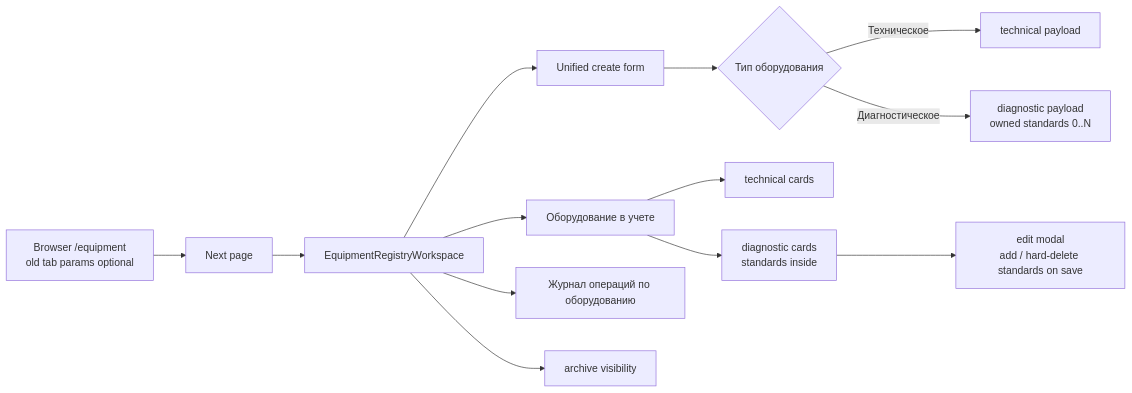
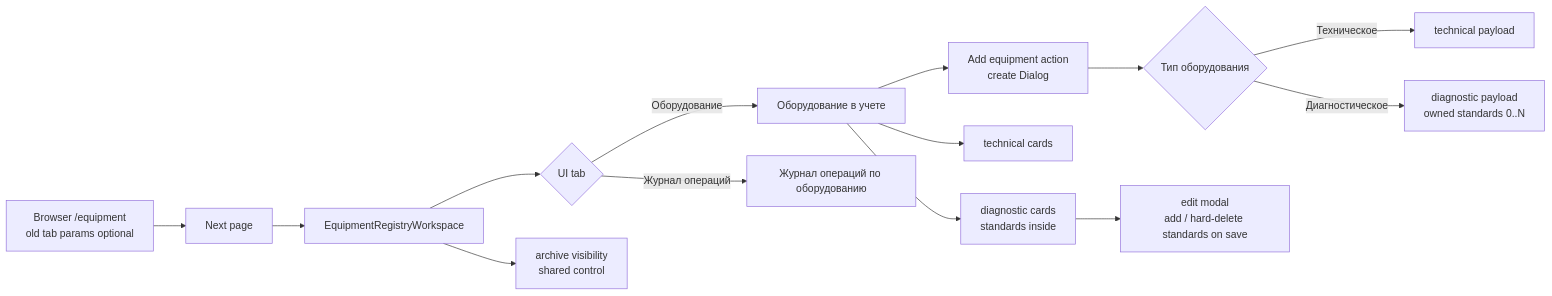
The sixth of 9 diagrams in docs/architecture/frontend-architecture.md (vrk-app/vrk), drawn with Mermaid before and after one commit. The commit also changed other lines of this file and 22 other files, not shown here.

````diff
--- a/docs/architecture/frontend-architecture.md
+++ b/docs/architecture/frontend-architecture.md
@@ -203,15 +204,16 @@
 ```mermaid
 flowchart LR
     A["Browser /equipment<br/>old tab params optional"] --> B["Next page"]
     B --> C["EquipmentRegistryWorkspace"]
-    C --> D["Unified create form"]
+    C --> T{"UI tab"}
+    T -->|"Оборудование"| H["Оборудование в учете"]
+    T -->|"Журнал операций"| K["Журнал операций по оборудованию"]
+    H --> D["Add equipment action<br/>create Dialog"]
     D --> E{"Тип оборудования"}
     E -->|"Техническое"| F["technical payload"]
     E -->|"Диагностическое"| G["diagnostic payload<br/>owned standards 0..N"]
-    C --> H["Оборудование в учете"]
     H --> I["technical cards"]
     H --> J["diagnostic cards<br/>standards inside"]
     J --> M["edit modal<br/>add / hard-delete standards on save"]
-    C --> K["Журнал операций по оборудованию"]
-    C --> L["archive visibility"]
+    C --> L["archive visibility<br/>shared control"]
 ```
````
